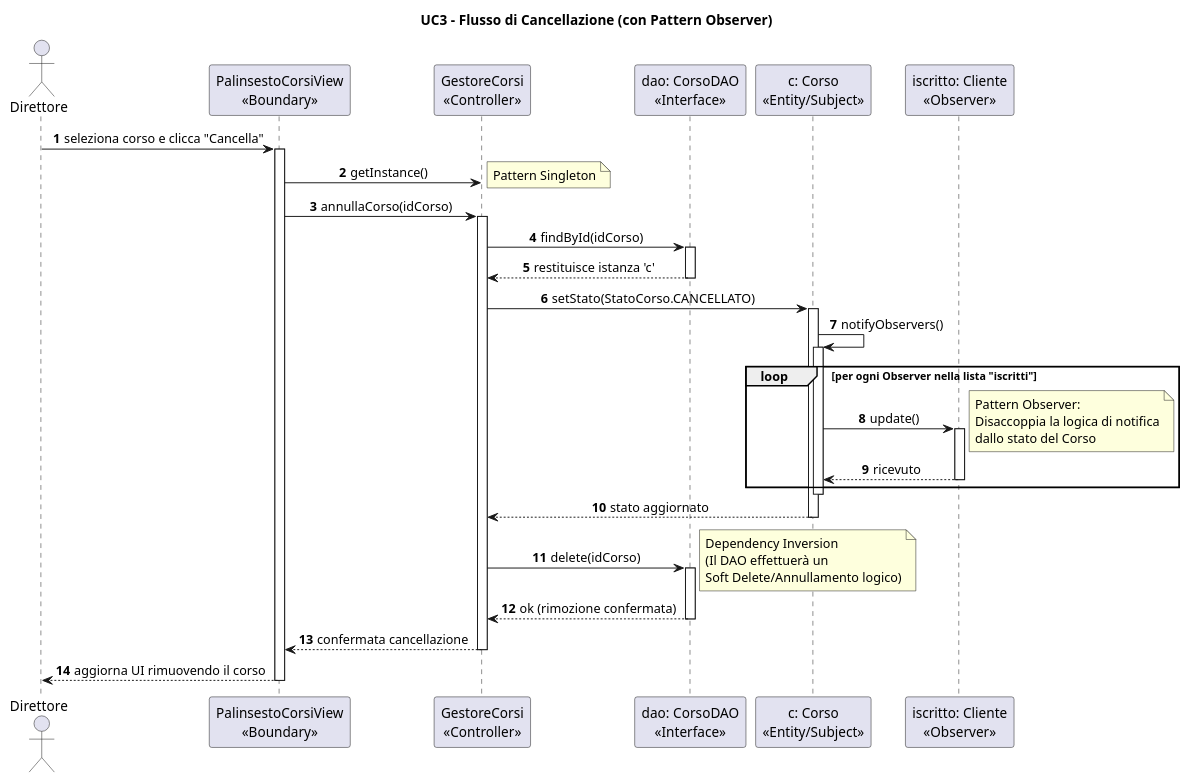
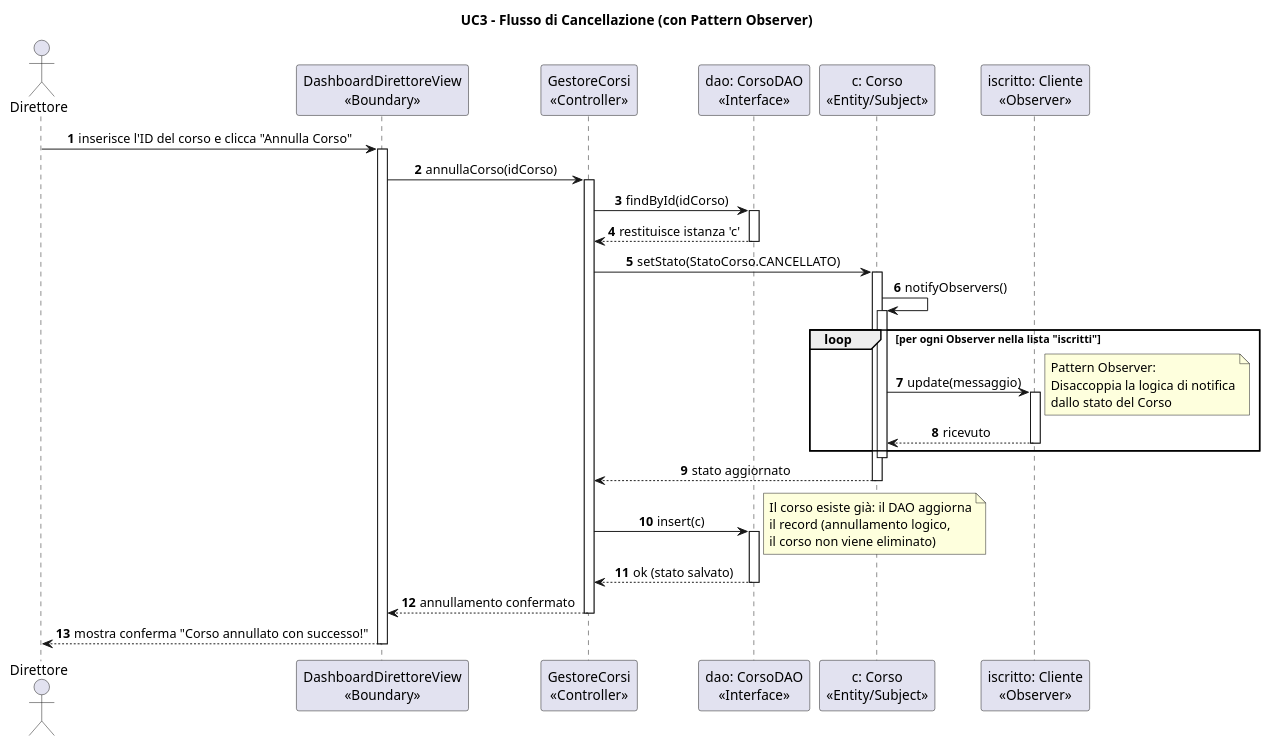
Before and after one commit to svilu999/Progetto-ScriptActive: the second of 3 diagrams in ScriptActive/Documenti/08. Diagrammi di Sequenza/DSequenzaUC3.puml, drawn with PlantUML. The commit also changed other lines of this file and 33 other files, not shown here.

First line of the commit message:
Allinea i diagrammi UML al codice attuale

```diff
--- a/ScriptActive/Documenti/08. Diagrammi di Sequenza/DSequenzaUC3.puml
+++ b/ScriptActive/Documenti/08. Diagrammi di Sequenza/DSequenzaUC3.puml
@@ -67,66 +71,56 @@
-@startuml
+@startuml DSequenzaUC3Alt1
 skinparam monochrome false
 skinparam packageStyle rectangle
 skinparam sequenceMessageAlign center
 
+title UC3 - Flusso di Cancellazione (con Pattern Observer)
+autonumber
 
-title UC3 - Flusso di Cancellazione (con Pattern Observer)
-
-
-autonumber
 actor "Direttore" as D
-participant "PalinsestoCorsiView\n<<Boundary>>" as V
+participant "DashboardDirettoreView\n<<Boundary>>" as V
 participant "GestoreCorsi\n<<Controller>>" as C
 participant "dao: CorsoDAO\n<<Interface>>" as DAO
 participant "c: Corso\n<<Entity/Subject>>" as E
 participant "iscritto: Cliente\n<<Observer>>" as O
 
-
-D -> V : seleziona corso e clicca "Cancella"
+D -> V : inserisce l'ID del corso e clicca "Annulla Corso"
 activate V
-
-
-V -> C : getInstance()
-note right: Pattern Singleton
-
 
 V -> C : annullaCorso(idCorso)
 activate C
-
 
 C -> DAO : findById(idCorso)
 activate DAO
 DAO --> C : restituisce istanza 'c'
 deactivate DAO
 
-
 C -> E : setStato(StatoCorso.CANCELLATO)
 activate E
+
 E -> E : notifyObservers()
 activate E
+
 loop per ogni Observer nella lista "iscritti"
-    E -> O : update()
+    E -> O : update(messaggio)
     note right: Pattern Observer:\nDisaccoppia la logica di notifica\ndallo stato del Corso
     activate O
     O --> E : ricevuto
     deactivate O
 end
 deactivate E
+
 E --> C : stato aggiornato
 deactivate E
 
-
-C -> DAO : delete(idCorso)
+C -> DAO : insert(c)
 activate DAO
-note right: Dependency Inversion\n(Il DAO effettuerà un\nSoft Delete/Annullamento logico)
-DAO --> C : ok (rimozione confermata)
+note right: Il corso esiste già: il DAO aggiorna\nil record (annullamento logico,\nil corso non viene eliminato)
+DAO --> C : ok (stato salvato)
 deactivate DAO
 
+C --> V : annullamento confermato
+deactivate C
 
-C --> V : confermata cancellazione
-deactivate C
-V --> D : aggiorna UI rimuovendo il corso
+V --> D : mostra conferma "Corso annullato con successo!"
 deactivate V
-
-
 @enduml
```
